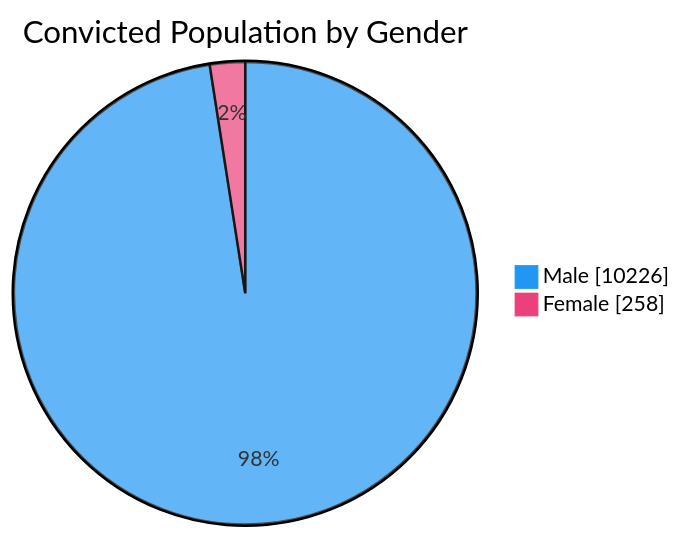
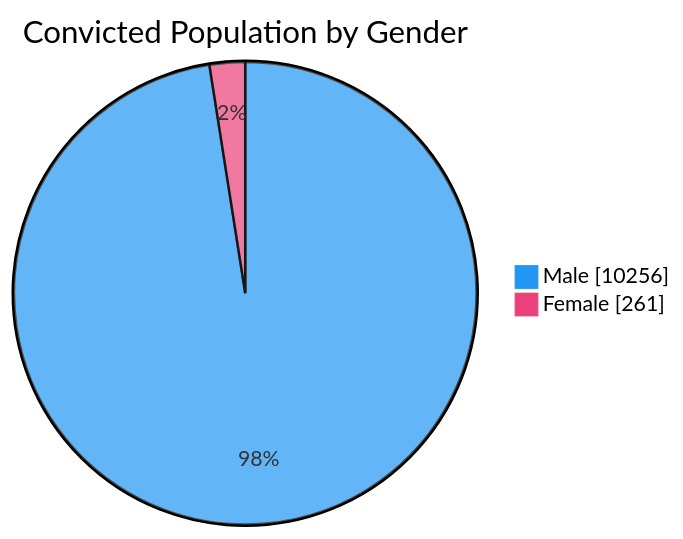
The third of 7 diagrams in README.md (nuuuwan/lk_prisons), drawn with Mermaid before and after one commit. The commit also changed other lines of this file and 1 other file, not shown here.

````diff
--- a/README.md
+++ b/README.md
@@ -65,6 +65,6 @@
 ```mermaid
 %%{init: {'themeVariables': {'pie1': '#2196F3', 'pie2': '#EC407A'}}}%%
 pie showData title Convicted Population by Gender
-    "Male" : 10226
-    "Female" : 258
+    "Male" : 10256
+    "Female" : 261
 ```
````
